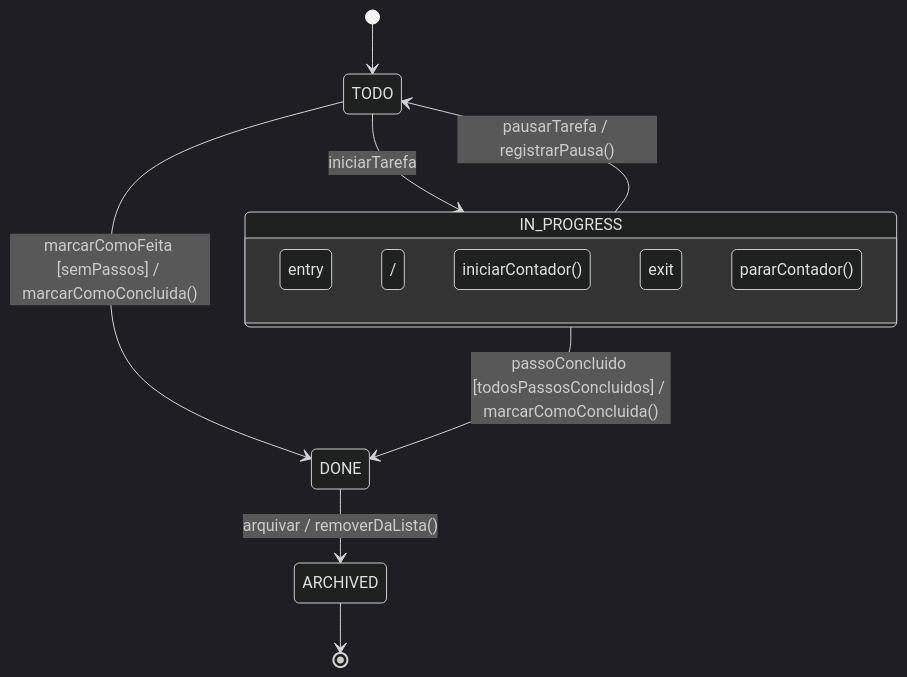
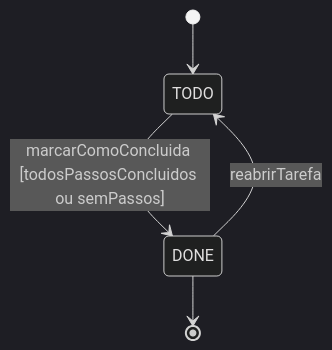
One commit to duanzin/chore-organizer changed the second of 7 diagrams in REQUISITOS_Organizador_de_Tarefas.md. Above: the diagram before and after it, drawn with Mermaid (dark theme). The commit also changed other lines of this file, not shown here.

````diff
--- a/REQUISITOS_Organizador_de_Tarefas.md
+++ b/REQUISITOS_Organizador_de_Tarefas.md
@@ -214,21 +221,9 @@
 ```mermaid
 stateDiagram-v2
   [*] --> TODO
 
-  TODO --> IN_PROGRESS : iniciarTarefa
-  IN_PROGRESS --> TODO : pausarTarefa / registrarPausa()
+  TODO --> DONE : marcarComoConcluida [todosPassosConcluidos ou semPassos]
+  DONE --> TODO : reabrirTarefa
 
-  IN_PROGRESS --> DONE : passoConcluido [todosPassosConcluidos] / marcarComoConcluida()
-  TODO --> DONE : marcarComoFeita [semPassos] / marcarComoConcluida()
-
-  DONE --> ARCHIVED : arquivar / removerDaLista()
-  ARCHIVED --> [*]
-
-  state IN_PROGRESS {
-    entry / iniciarContador()
-    exit / pararContador()
-  }
-
-  %% Exemplo de transição com condição de guarda e ação
-  %% evento [condição] / ação
+  DONE --> [*]
 ```
````
